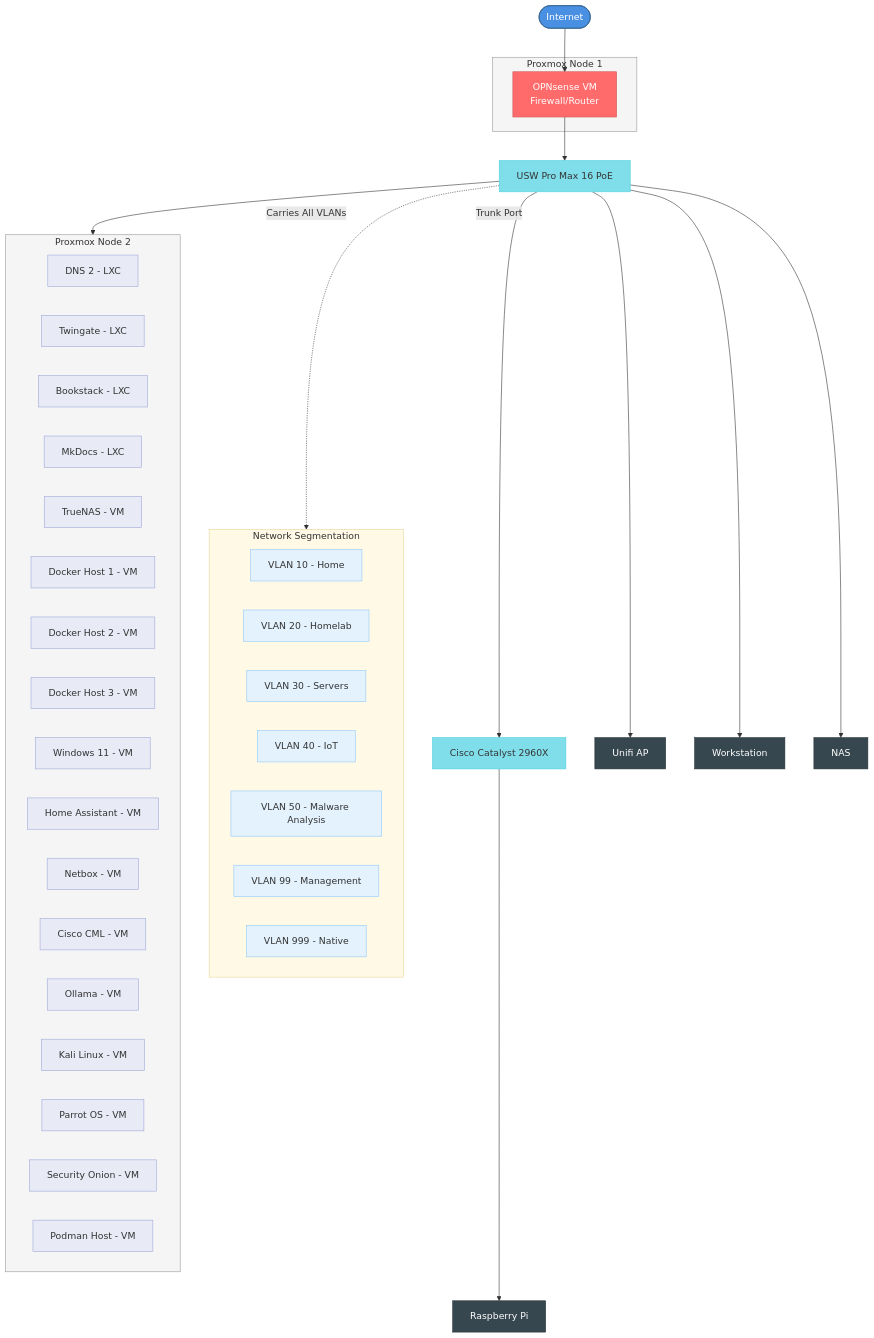
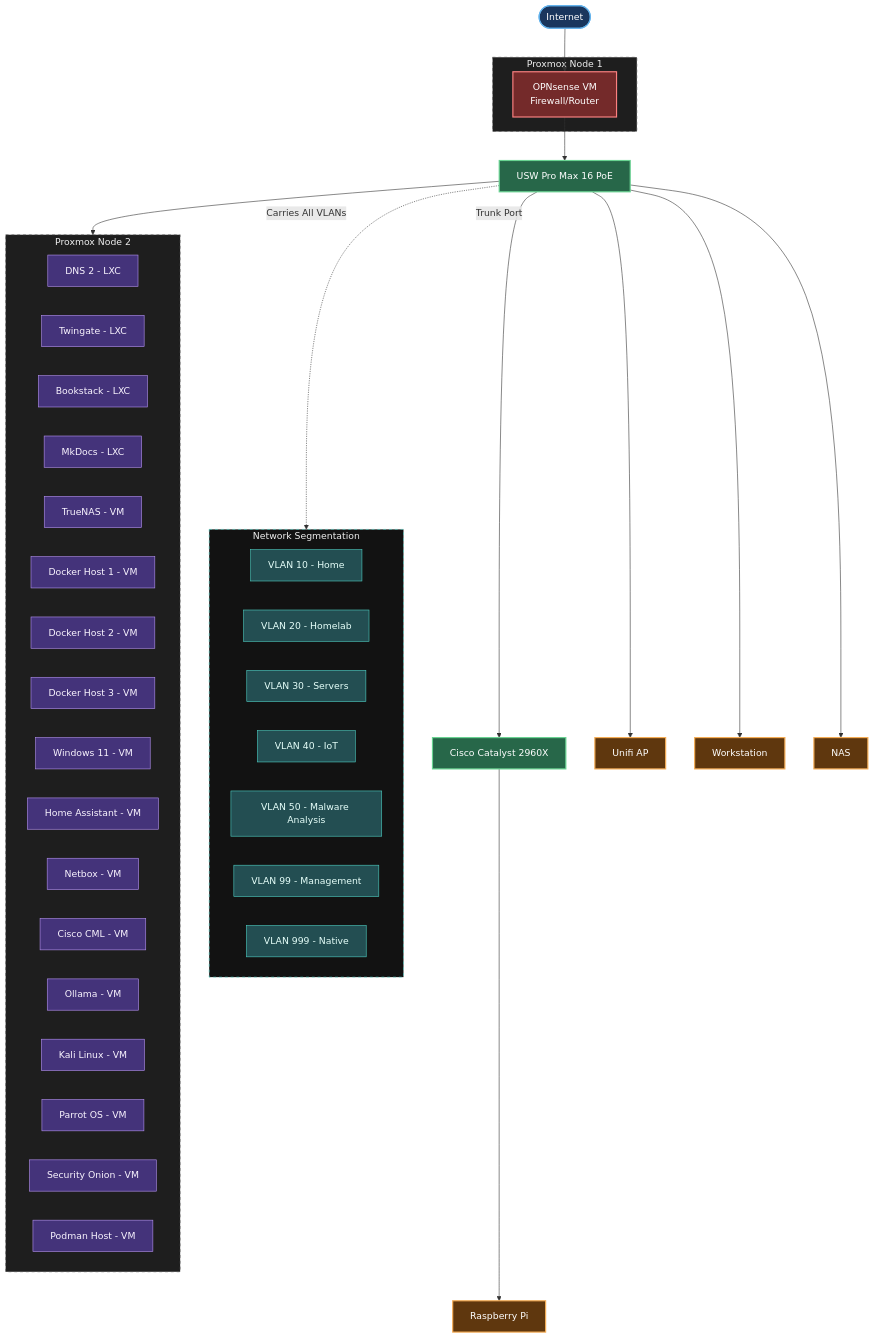
The diagram in docs/index.md (moshthesubnet/my-lab-docs), drawn with Mermaid before and after one commit.

````diff
--- a/docs/index.md
+++ b/docs/index.md
@@ -118,52 +118,29 @@
     MainSwitch --> NAS
     MainSwitch --> ProxmoxNode2
     LabSwitch --> RP
-    
-    %% Styling - Internet and Edge
-    style Internet fill:#4a90e2,stroke:#2e5f8a,color:#fff
-    
-    %% Styling - Proxmox Nodes
-    style ProxmoxNode1 fill:#f5f5f5,stroke:#999,color:#333
-    style OPNsense fill:#ff6b6b,stroke:#cc5555,color:#fff
-    
-    style ProxmoxNode2 fill:#f5f5f5,stroke:#999,color:#333
-    
-    %% Styling - VLANs
-    style VLANs fill:#fff9e6,stroke:#e6d699,color:#333
-    style VLAN10 fill:#e3f2fd,stroke:#90caf9,color:#333
-    style VLAN20 fill:#e3f2fd,stroke:#90caf9,color:#333
-    style VLAN30 fill:#e3f2fd,stroke:#90caf9,color:#333
-    style VLAN40 fill:#e3f2fd,stroke:#90caf9,color:#333
-    style VLAN50 fill:#e3f2fd,stroke:#90caf9,color:#333
-    style VLAN99 fill:#e3f2fd,stroke:#90caf9,color:#333
-    style VLAN999 fill:#e3f2fd,stroke:#90caf9,color:#333
-    
-    %% Styling - Switches
-    style MainSwitch fill:#80deea,stroke:#4dd0e1,color:#333
-    style LabSwitch fill:#80deea,stroke:#4dd0e1,color:#333
-    
-    %% Styling - Physical Devices
-    style AP fill:#37474f,stroke:#263238,color:#fff
-    style PC fill:#37474f,stroke:#263238,color:#fff
-    style NAS fill:#37474f,stroke:#263238,color:#fff
-    style RP fill:#37474f,stroke:#263238,color:#fff
-    
-    %% Styling - VMs and LXCs
-    style Pihole2 fill:#e8eaf6,stroke:#9fa8da,color:#333
-    style TwinGate fill:#e8eaf6,stroke:#9fa8da,color:#333
-    style BookstackVM fill:#e8eaf6,stroke:#9fa8da,color:#333
-    style MkDocsVM fill:#e8eaf6,stroke:#9fa8da,color:#333
-    style TrueNAS fill:#e8eaf6,stroke:#9fa8da,color:#333
-    style Dockerhost1 fill:#e8eaf6,stroke:#9fa8da,color:#333
-    style Dockerhost2 fill:#e8eaf6,stroke:#9fa8da,color:#333
-    style Dockerhost3 fill:#e8eaf6,stroke:#9fa8da,color:#333
-    style Win11 fill:#e8eaf6,stroke:#9fa8da,color:#333
-    style HomeAssistant fill:#e8eaf6,stroke:#9fa8da,color:#333
-    style Netbox fill:#e8eaf6,stroke:#9fa8da,color:#333
-    style CML fill:#e8eaf6,stroke:#9fa8da,color:#333
-    style Ollama fill:#e8eaf6,stroke:#9fa8da,color:#333
-    style Kali fill:#e8eaf6,stroke:#9fa8da,color:#333
-    style Parrot fill:#e8eaf6,stroke:#9fa8da,color:#333
-    style SecurityOnion fill:#e8eaf6,stroke:#9fa8da,color:#333
-    style Podmanhost1 fill:#e8eaf6,stroke:#9fa8da,color:#333
+
+    %% ==========================================
+    %% DARK THEME STYLING
+    %% ==========================================
+
+    %% Class Definitions
+    classDef internet fill:#1a365d,stroke:#63b3ed,stroke-width:2px,color:#ffffff
+    classDef firewall fill:#742a2a,stroke:#fc8181,stroke-width:2px,color:#ffffff
+    classDef switch fill:#276749,stroke:#68d391,stroke-width:2px,color:#ffffff
+    classDef vlanbox fill:#234e52,stroke:#4fd1c5,stroke-width:1px,color:#e6fffa
+    classDef device fill:#5f370e,stroke:#f6ad55,stroke-width:2px,color:#ffffff
+    classDef virtual fill:#44337a,stroke:#b794f4,stroke-width:1px,color:#faf5ff
+
+    %% Apply Classes to Nodes
+    class Internet internet
+    class OPNsense firewall
+    class MainSwitch,LabSwitch switch
+    class VLAN10,VLAN20,VLAN30,VLAN40,VLAN50,VLAN99,VLAN999 vlanbox
+    class AP,PC,NAS,RP device
+    class Pihole2,TwinGate,BookstackVM,MkDocsVM,TrueNAS,Dockerhost1,Dockerhost2,Dockerhost3,Win11,HomeAssistant,Netbox,CML,Ollama,Kali,Parrot,SecurityOnion,Podmanhost1 virtual
+
+    %% Subgraph (Container) Styling
+    style ProxmoxNode1 fill:#1e1e1e,stroke:#555555,color:#eeeeee,stroke-dasharray: 5 5
+    style ProxmoxNode2 fill:#1e1e1e,stroke:#555555,color:#eeeeee,stroke-dasharray: 5 5
+    style VLANs fill:#121212,stroke:#4fd1c5,color:#eeeeee,stroke-dasharray: 5 5
 ```
````
